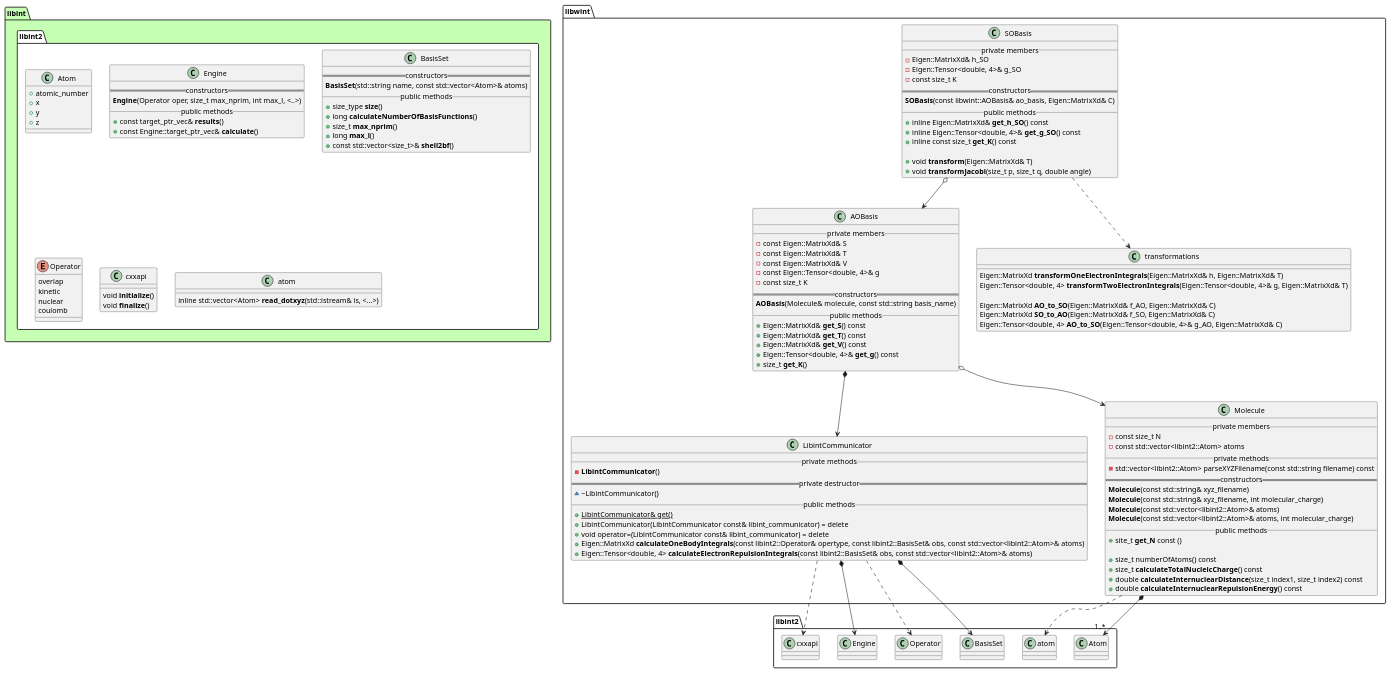
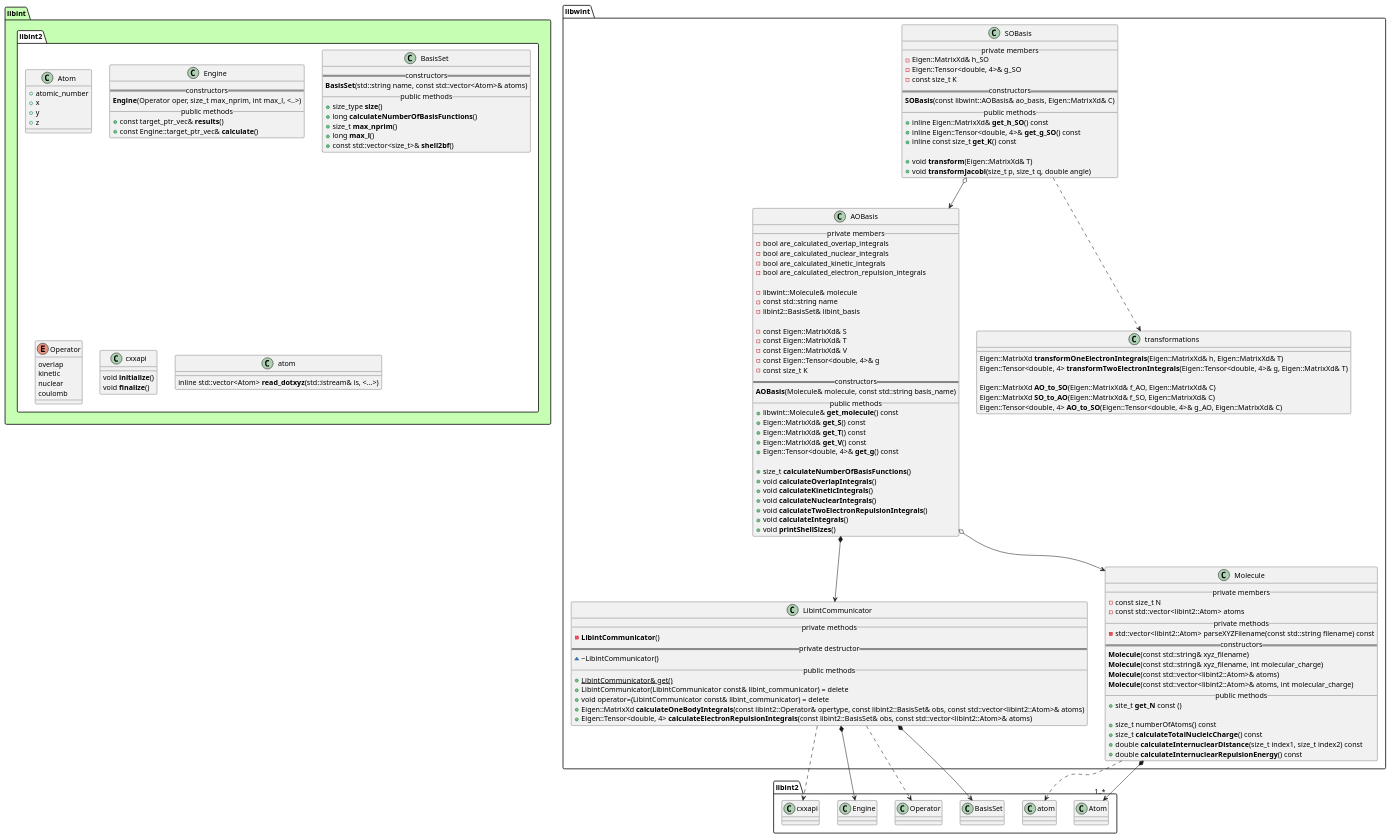
Before and after one commit to tmhuysen/libwint: the diagram in docs/libwint.puml, drawn with PlantUML. The commit also changed 1 other file, not shown here.

```diff
--- a/docs/libwint.puml
+++ b/docs/libwint.puml
@@ -1,154 +1,171 @@
 @startuml
 
 
 
 package libint #c6ffb3 {
     namespace libint2 #ffffff {
         class Atom {
             + atomic_number
             + x
             + y
             + z
         }
 
         class Engine {
             == constructors ==
                 **Engine**(Operator oper, size_t max_nprim, int max_l, <..>)
             __ public methods __
                 + const target_ptr_vec& **results**()
                 + const Engine::target_ptr_vec& **calculate**()
         }
 
         class BasisSet {
             == constructors ==
                 **BasisSet**(std::string name, const std::vector<Atom>& atoms)
             __ public methods __
                 + size_type **size**()
                 + long **calculateNumberOfBasisFunctions**()
                 + size_t **max_nprim**()
                 + long **max_l**()
                 + const std::vector<size_t>& **shell2bf**()
         }
 
         enum Operator {
             overlap
             kinetic
             nuclear
             coulomb
         }
 
         class cxxapi {
                 void **initialize**()
                 void **finalize**()
         }
 
         class atom {
             inline std::vector<Atom> **read_dotxyz**(std::istream& is, <...>)
         }
     }
 }
 
 
 
 
 namespace libwint {
 
     class AOBasis {
         __ private members __
+            - bool are_calculated_overlap_integrals
+            - bool are_calculated_nuclear_integrals
+            - bool are_calculated_kinetic_integrals
+            - bool are_calculated_electron_repulsion_integrals
+
+            - libwint::Molecule& molecule
+            - const std::string name
+            - libint2::BasisSet& libint_basis
+
             - const Eigen::MatrixXd& S
             - const Eigen::MatrixXd& T
             - const Eigen::MatrixXd& V
             - const Eigen::Tensor<double, 4>& g
             - const size_t K
         == constructors ==
             **AOBasis**(Molecule& molecule, const std::string basis_name)
         __ public methods __
+            + libwint::Molecule& **get_molecule**() const
             + Eigen::MatrixXd& **get_S**() const
             + Eigen::MatrixXd& **get_T**() const
             + Eigen::MatrixXd& **get_V**() const
             + Eigen::Tensor<double, 4>& **get_g**() const
-            + size_t **get_K**()
+
+            + size_t **calculateNumberOfBasisFunctions**()
+            + void **calculateOverlapIntegrals**()
+            + void **calculateKineticIntegrals**()
+            + void **calculateNuclearIntegrals**()
+            + void **calculateTwoElectronRepulsionIntegrals**()
+            + void **calculateIntegrals**()
+            + void **printShellSizes**()
     }
 
 
     class SOBasis {
         __ private members __
             - Eigen::MatrixXd& h_SO
             - Eigen::Tensor<double, 4>& g_SO
             - const size_t K
         == constructors ==
             **SOBasis**(const libwint::AOBasis& ao_basis, Eigen::MatrixXd& C)
         __ public methods __
             + inline Eigen::MatrixXd& **get_h_SO**() const
             + inline Eigen::Tensor<double, 4>& **get_g_SO**() const
             + inline const size_t **get_K**() const
 
             + void **transform**(Eigen::MatrixXd& T)
             + void **transformJacobi**(size_t p, size_t q, double angle)
     }
 
 
     class transformations {
             Eigen::MatrixXd **transformOneElectronIntegrals**(Eigen::MatrixXd& h, Eigen::MatrixXd& T)
             Eigen::Tensor<double, 4> **transformTwoElectronIntegrals**(Eigen::Tensor<double, 4>& g, Eigen::MatrixXd& T)
 
             Eigen::MatrixXd **AO_to_SO**(Eigen::MatrixXd& f_AO, Eigen::MatrixXd& C)
             Eigen::MatrixXd **SO_to_AO**(Eigen::MatrixXd& f_SO, Eigen::MatrixXd& C)
             Eigen::Tensor<double, 4> **AO_to_SO**(Eigen::Tensor<double, 4>& g_AO, Eigen::MatrixXd& C)
     }
 
 
     class LibintCommunicator {
         __ private methods __
             - **LibintCommunicator**()
         == private destructor ==
             ~ ~LibintCommunicator()
         __ public methods __
             + {static} LibintCommunicator& get()
             + LibintCommunicator(LibintCommunicator const& libint_communicator) = delete
             + void operator=(LibintCommunicator const& libint_communicator) = delete
             + Eigen::MatrixXd **calculateOneBodyIntegrals**(const libint2::Operator& opertype, const libint2::BasisSet& obs, const std::vector<libint2::Atom>& atoms)
             + Eigen::Tensor<double, 4> **calculateElectronRepulsionIntegrals**(const libint2::BasisSet& obs, const std::vector<libint2::Atom>& atoms)
     }
 
 
     class Molecule {
         __ private members __
             - const size_t N
             - const std::vector<libint2::Atom> atoms
         __ private methods __
             - std::vector<libint2::Atom> parseXYZFilename(const std::string filename) const
         == constructors ==
             **Molecule**(const std::string& xyz_filename)
             **Molecule**(const std::string& xyz_filename, int molecular_charge)
             **Molecule**(const std::vector<libint2::Atom>& atoms)
             **Molecule**(const std::vector<libint2::Atom>& atoms, int molecular_charge)
         __ public methods __
             + site_t **get_N** const ()
 
             + size_t numberOfAtoms() const
             + size_t **calculateTotalNucleicCharge**() const
             + double **calculateInternuclearDistance**(size_t index1, size_t index2) const
             + double **calculateInternuclearRepulsionEnergy**() const
     }
 
 }
 
 
 
 libwint.AOBasis o--> libwint.Molecule
 libwint.AOBasis *--> libwint.LibintCommunicator
 
 libwint.LibintCommunicator *--> libint2.BasisSet
 libwint.LibintCommunicator ..> libint2.Operator
 libwint.LibintCommunicator *--> libint2.Engine
 libwint.LibintCommunicator ..> libint2.cxxapi
 
 libwint.Molecule *--> "1..*" libint2.Atom
 libwint.Molecule ..> libint2.atom
 
 libwint.SOBasis ..> libwint.transformations
 libwint.SOBasis o--> libwint.AOBasis
 
 
 @enduml
```
